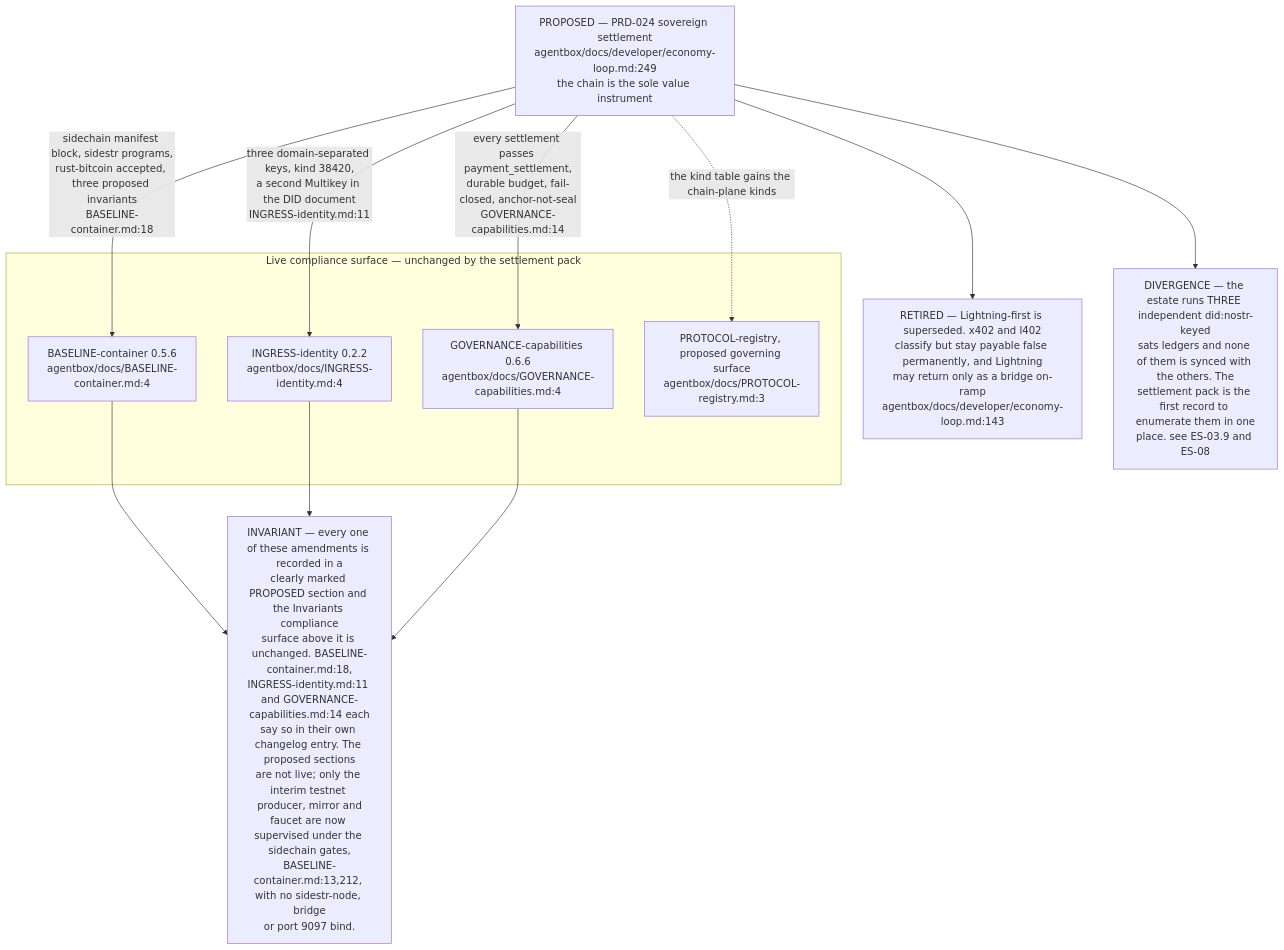
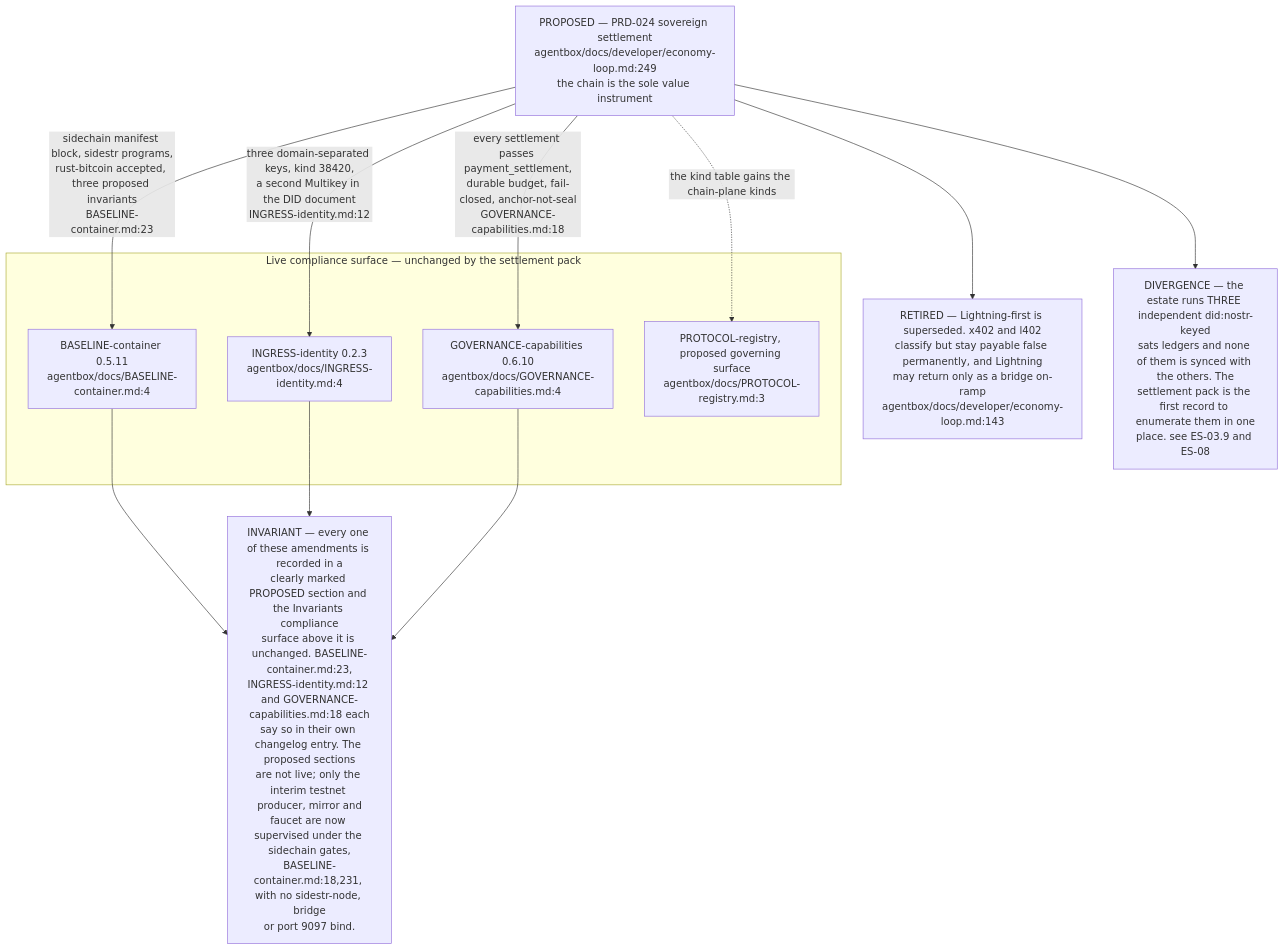
The eighth of 8 diagrams in docs/diagrams/estate/01-estate-topology.md (DreamLab-AI/VisionFlow), drawn with Mermaid before and after one commit. The commit also changed other lines of this file and 160 other files, not shown here.

````diff
--- a/docs/diagrams/estate/01-estate-topology.md
+++ b/docs/diagrams/estate/01-estate-topology.md
@@ -303,27 +332,27 @@
 ```mermaid
 flowchart TB
     subgraph LIVE["Live compliance surface — unchanged by the settlement pack"]
-        BC["BASELINE-container 0.5.6<br/>agentbox/docs/BASELINE-container.md:4"]
-        IG["INGRESS-identity 0.2.2<br/>agentbox/docs/INGRESS-identity.md:4"]
-        GC["GOVERNANCE-capabilities 0.6.6<br/>agentbox/docs/GOVERNANCE-capabilities.md:4"]
+        BC["BASELINE-container 0.5.11<br/>agentbox/docs/BASELINE-container.md:4"]
+        IG["INGRESS-identity 0.2.3<br/>agentbox/docs/INGRESS-identity.md:4"]
+        GC["GOVERNANCE-capabilities 0.6.10<br/>agentbox/docs/GOVERNANCE-capabilities.md:4"]
         PR["PROTOCOL-registry, proposed governing surface<br/>agentbox/docs/PROTOCOL-registry.md:3"]
     end
 
     PRD["PROPOSED — PRD-024 sovereign settlement<br/>agentbox/docs/developer/economy-loop.md:249<br/>the chain is the sole value instrument"]
 
-    PRD -->|"sidechain manifest block, sidestr programs,<br/>rust-bitcoin accepted, three proposed invariants<br/>BASELINE-container.md:18"| BC
-    PRD -->|"three domain-separated keys, kind 38420,<br/>a second Multikey in the DID document<br/>INGRESS-identity.md:11"| IG
-    PRD -->|"every settlement passes payment_settlement,<br/>durable budget, fail-closed, anchor-not-seal<br/>GOVERNANCE-capabilities.md:14"| GC
+    PRD -->|"sidechain manifest block, sidestr programs,<br/>rust-bitcoin accepted, three proposed invariants<br/>BASELINE-container.md:23"| BC
+    PRD -->|"three domain-separated keys, kind 38420,<br/>a second Multikey in the DID document<br/>INGRESS-identity.md:12"| IG
+    PRD -->|"every settlement passes payment_settlement,<br/>durable budget, fail-closed, anchor-not-seal<br/>GOVERNANCE-capabilities.md:18"| GC
     PRD -.->|"the kind table gains the chain-plane kinds"| PR
 
     RET["RETIRED — Lightning-first is superseded. x402 and l402<br/>classify but stay payable false permanently, and Lightning<br/>may return only as a bridge on-ramp<br/>agentbox/docs/developer/economy-loop.md:143"]
     PRD --> RET
 
-    INV["INVARIANT — every one of these amendments is recorded in a<br/>clearly marked PROPOSED section and the Invariants compliance<br/>surface above it is unchanged. BASELINE-container.md:18,<br/>INGRESS-identity.md:11 and GOVERNANCE-capabilities.md:14 each<br/>say so in their own changelog entry. The proposed sections<br/>are not live; only the interim testnet producer, mirror and<br/>faucet are now supervised under the sidechain gates,<br/>BASELINE-container.md:13,212, with no sidestr-node, bridge<br/>or port 9097 bind."]
+    INV["INVARIANT — every one of these amendments is recorded in a<br/>clearly marked PROPOSED section and the Invariants compliance<br/>surface above it is unchanged. BASELINE-container.md:23,<br/>INGRESS-identity.md:12 and GOVERNANCE-capabilities.md:18 each<br/>say so in their own changelog entry. The proposed sections<br/>are not live; only the interim testnet producer, mirror and<br/>faucet are now supervised under the sidechain gates,<br/>BASELINE-container.md:18,231, with no sidestr-node, bridge<br/>or port 9097 bind."]
     BC --> INV
     IG --> INV
     GC --> INV
 
     LEDG["DIVERGENCE — the estate runs THREE independent did:nostr-keyed<br/>sats ledgers and none of them is synced with the others. The<br/>settlement pack is the first record to enumerate them in one<br/>place. see ES-03.9 and ES-08"]
     PRD --> LEDG
 ```
````
